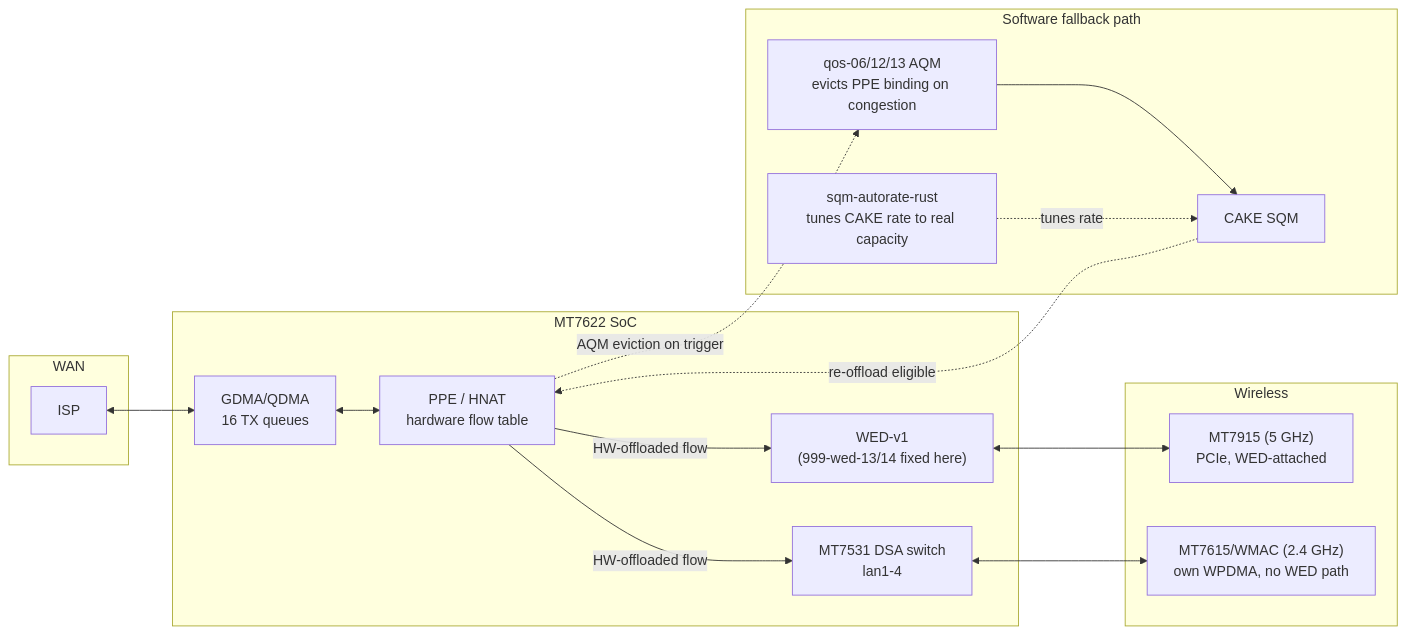
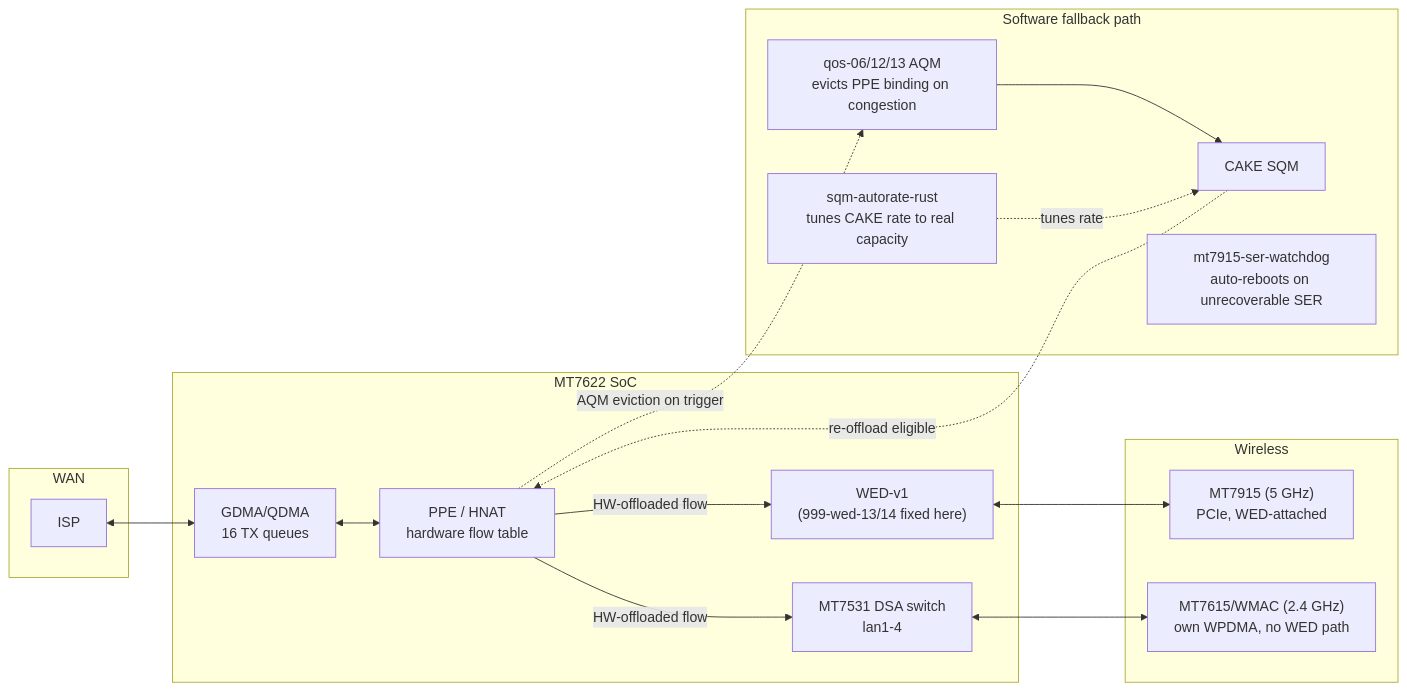
The diagram in docs/README.md (pattyboi/openwrt), drawn with Mermaid before and after one commit. The commit also changed other lines of this file and 5 other files, not shown here.

````diff
--- a/docs/README.md
+++ b/docs/README.md
@@ -61,32 +67,33 @@
 ```mermaid
 flowchart LR
     subgraph WAN["WAN"]
         ISP[ISP]
     end
     subgraph SoC["MT7622 SoC"]
         GDMA[GDMA/QDMA<br/>16 TX queues]
         PPE[PPE / HNAT<br/>hardware flow table]
         WED["WED-v1<br/>(999-wed-13/14 fixed here)"]
         DSA["MT7531 DSA switch<br/>lan1-4"]
     end
     subgraph Wireless["Wireless"]
         MT7915["MT7915 (5 GHz)<br/>PCIe, WED-attached"]
         MT7615["MT7615/WMAC (2.4 GHz)<br/>own WPDMA, no WED path"]
     end
     subgraph Soft["Software fallback path"]
         CAKE[CAKE SQM]
         AQM["qos-06/12/13 AQM<br/>evicts PPE binding on congestion"]
         AUTORATE["sqm-autorate-rust<br/>tunes CAKE rate to real capacity"]
+        SERWD["mt7915-ser-watchdog<br/>auto-reboots on unrecoverable SER"]
     end
 
     ISP <--> GDMA
     GDMA <--> PPE
     PPE -- "HW-offloaded flow" --> WED
     PPE -- "HW-offloaded flow" --> DSA
     WED <--> MT7915
     DSA <--> MT7615
     PPE -. "AQM eviction on trigger" .-> AQM
     AQM --> CAKE
     AUTORATE -. "tunes rate" .-> CAKE
     CAKE -. "re-offload eligible" .-> PPE
 ```
````
